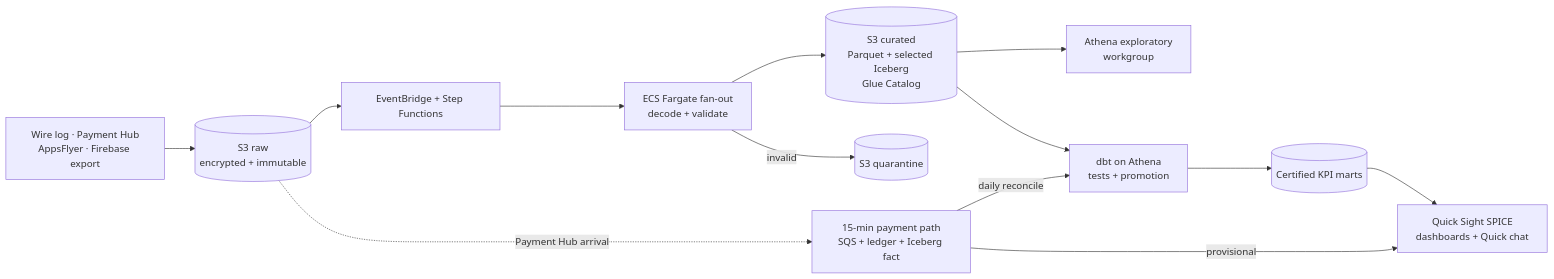
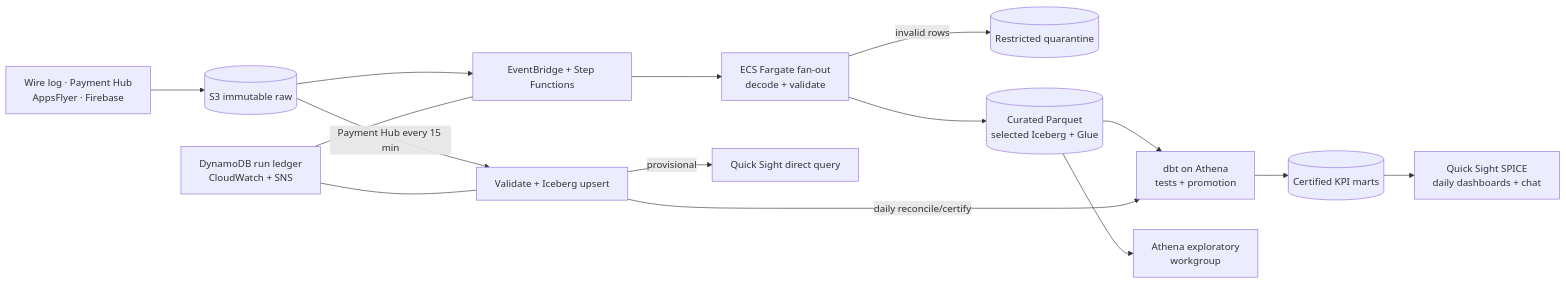
Before and after one commit to ouverz/game_analytics: the diagram in docs/architecture_proposal.md, drawn with Mermaid. The commit also changed other lines of this file and 1 other file, not shown here.

Commit message:
Refine architecture proposal and AI methods

````diff
--- a/docs/architecture_proposal.md
+++ b/docs/architecture_proposal.md
@@ -10,22 +11,17 @@
 ```mermaid
 flowchart LR
-  S[Wire log · Payment Hub<br/>AppsFlyer · Firebase export]
-  R[(S3 raw<br/>encrypted + immutable)]
-  O[EventBridge + Step Functions]
-  T[ECS Fargate fan-out<br/>decode + validate]
-  C[(S3 curated<br/>Parquet + selected Iceberg<br/>Glue Catalog)]
-  X[(S3 quarantine)]
-  E[Athena exploratory<br/>workgroup]
-  D[dbt on Athena<br/>tests + promotion]
-  M[(Certified KPI marts)]
-  Q[Quick Sight SPICE<br/>dashboards + Quick chat]
-  P[15-min payment path<br/>SQS + ledger + Iceberg fact]
-
-  S --> R --> O --> T
-  T --> C
-  T -->|invalid| X
-  C --> E
-  C --> D --> M --> Q
-  R -. Payment Hub arrival .-> P -->|provisional| Q
-  P -->|daily reconcile| D
+    S[Wire log · Payment Hub<br/>AppsFlyer · Firebase] --> R[(S3 immutable raw)]
+    R --> O[EventBridge + Step Functions]
+    O --> F[ECS Fargate fan-out<br/>decode + validate]
+    F -->|invalid rows| Q[(Restricted quarantine)]
+    F --> C[(Curated Parquet<br/>selected Iceberg + Glue)]
+    C --> D[dbt on Athena<br/>tests + promotion]
+    D --> G[(Certified KPI marts)]
+    G --> K[Quick Sight SPICE<br/>daily dashboards + chat]
+    C --> E[Athena exploratory<br/>workgroup]
+    R -->|Payment Hub every 15 min| P[Validate + Iceberg upsert]
+    P -->|provisional| L[Quick Sight direct query]
+    P -->|daily reconcile/certify| D
+    M[DynamoDB run ledger<br/>CloudWatch + SNS] --- O
+    M --- P
 ```
````
